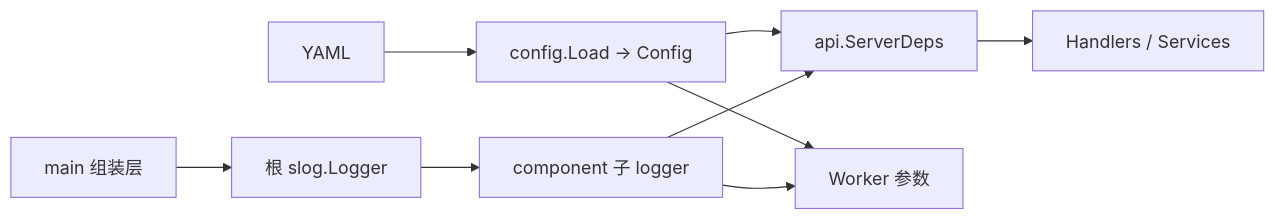
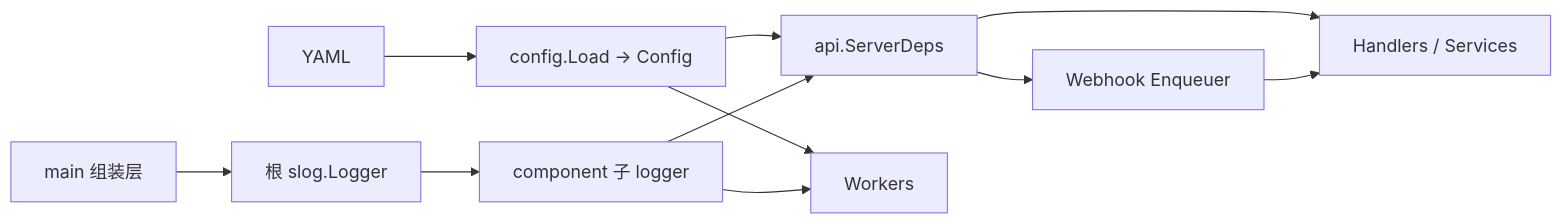
One commit to superduck-ai/open-managed-agents changed the second of 2 diagrams in docs/design/be/runtime-configuration.md. Above: the diagram before and after it, drawn with Mermaid. The commit also changed other lines of this file and 45 other files, not shown here.

````diff
--- a/docs/design/be/runtime-configuration.md
+++ b/docs/design/be/runtime-configuration.md
@@ -40,11 +42,13 @@
 ```mermaid
 flowchart LR
     yaml["YAML"] --> config["config.Load → Config"]
     main["main 组装层"] --> rootLogger["根 slog.Logger"]
     config --> serverDeps["api.ServerDeps"]
     rootLogger --> componentLoggers["component 子 logger"]
     componentLoggers --> serverDeps
     serverDeps --> handlers["Handlers / Services"]
-    config --> workers["Worker 参数"]
+    serverDeps --> enqueuer["Webhook Enqueuer"]
+    enqueuer --> handlers
+    config --> workers["Workers"]
     componentLoggers --> workers
 ```
````
